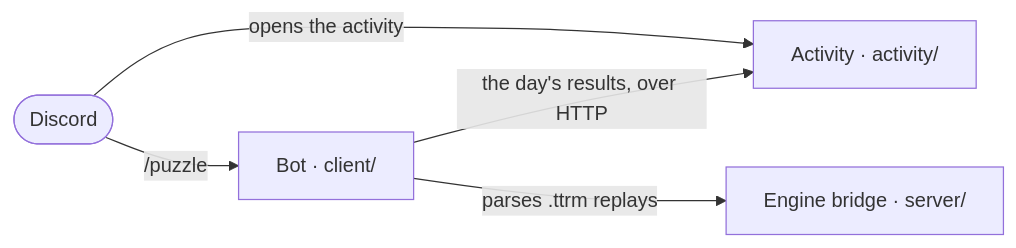
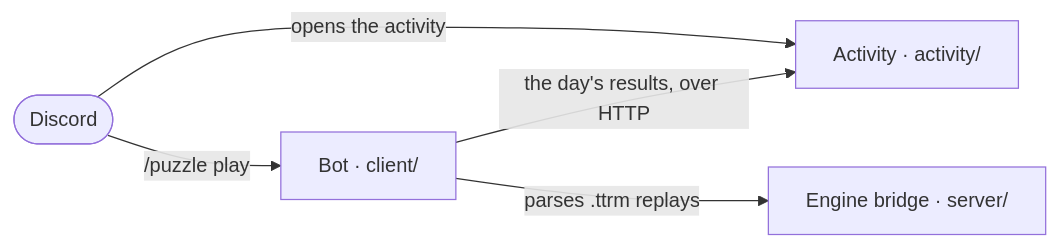
The diagram in README.md (tetrisuci/BaronChairStair), drawn with Mermaid before and after one commit. The commit also changed other lines of this file and 12 other files, not shown here.

````diff
--- a/README.md
+++ b/README.md
@@ -87,12 +88,12 @@
 ```mermaid
 flowchart LR
   D([Discord])
   B["Bot · client/"]
   A["Activity · activity/"]
   E["Engine bridge · server/"]
 
-  D -->|"/puzzle"| B
+  D -->|"/puzzle play"| B
   D -->|"opens the activity"| A
   B -->|"the day's results, over HTTP"| A
   B -->|"parses .ttrm replays"| E
 ```
````
